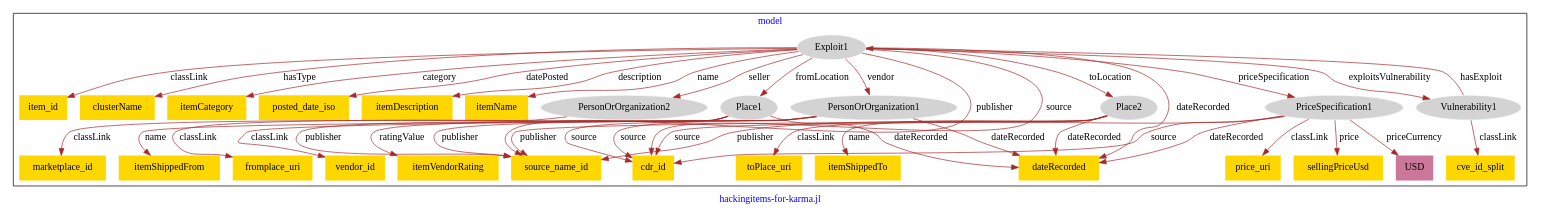
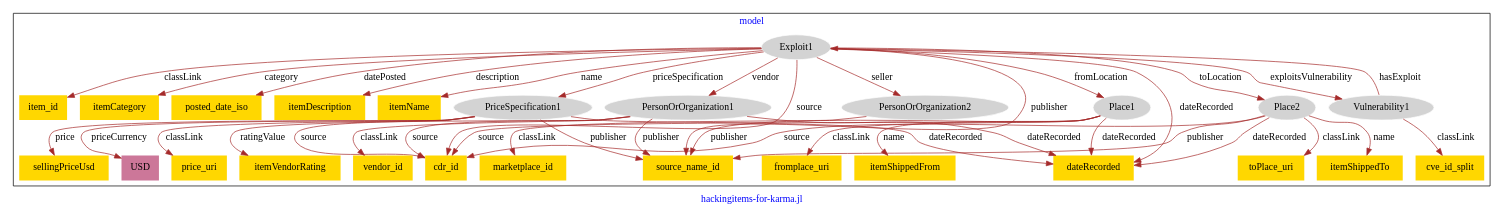
One commit to usc-isi-i2/effect-alignment changed the diagram in models/asu-hacking-items/hacking_items-model.dot. Above: the diagram before and after it, drawn with Graphviz.

Commit message:
Update file hacking_items-model.dot

```diff
--- a/models/asu-hacking-items/hacking_items-model.dot
+++ b/models/asu-hacking-items/hacking_items-model.dot
@@ -1,74 +1,72 @@
 digraph n0 {
 fontcolor="blue"
 remincross="true"
 label="hackingitems-for-karma.jl"
 subgraph cluster {
 label="model"
 n2[style="filled",color="white",fillcolor="lightgray",label="Exploit1"];
 n3[shape="plaintext",style="filled",fillcolor="gold",label="item_id"];
-n4[shape="plaintext",style="filled",fillcolor="gold",label="clusterName"];
-n5[shape="plaintext",style="filled",fillcolor="gold",label="itemCategory"];
-n6[shape="plaintext",style="filled",fillcolor="gold",label="posted_date_iso"];
-n7[shape="plaintext",style="filled",fillcolor="gold",label="itemDescription"];
-n8[shape="plaintext",style="filled",fillcolor="gold",label="itemName"];
-n9[shape="plaintext",style="filled",fillcolor="gold",label="source_name_id"];
-n10[style="filled",color="white",fillcolor="lightgray",label="PersonOrOrganization1"];
-n11[shape="plaintext",style="filled",fillcolor="gold",label="vendor_id"];
-n12[shape="plaintext",style="filled",fillcolor="gold",label="itemVendorRating"];
+n4[shape="plaintext",style="filled",fillcolor="gold",label="itemCategory"];
+n5[shape="plaintext",style="filled",fillcolor="gold",label="posted_date_iso"];
+n6[shape="plaintext",style="filled",fillcolor="gold",label="itemDescription"];
+n7[shape="plaintext",style="filled",fillcolor="gold",label="itemName"];
+n8[style="filled",color="white",fillcolor="lightgray",label="PriceSpecification1"];
+n9[style="filled",color="white",fillcolor="lightgray",label="PersonOrOrganization1"];
+n10[shape="plaintext",style="filled",fillcolor="gold",label="vendor_id"];
+n11[shape="plaintext",style="filled",fillcolor="gold",label="itemVendorRating"];
+n12[shape="plaintext",style="filled",fillcolor="gold",label="cdr_id"];
 n13[style="filled",color="white",fillcolor="lightgray",label="PersonOrOrganization2"];
 n14[shape="plaintext",style="filled",fillcolor="gold",label="marketplace_id"];
 n15[style="filled",color="white",fillcolor="lightgray",label="Vulnerability1"];
 n16[shape="plaintext",style="filled",fillcolor="gold",label="cve_id_split"];
 n17[style="filled",color="white",fillcolor="lightgray",label="Place1"];
 n18[shape="plaintext",style="filled",fillcolor="gold",label="fromplace_uri"];
 n19[shape="plaintext",style="filled",fillcolor="gold",label="itemShippedFrom"];
 n20[style="filled",color="white",fillcolor="lightgray",label="Place2"];
 n21[shape="plaintext",style="filled",fillcolor="gold",label="toPlace_uri"];
 n22[shape="plaintext",style="filled",fillcolor="gold",label="itemShippedTo"];
-n23[style="filled",color="white",fillcolor="lightgray",label="PriceSpecification1"];
-n24[shape="plaintext",style="filled",fillcolor="gold",label="price_uri"];
-n25[shape="plaintext",style="filled",fillcolor="gold",label="dateRecorded"];
-n26[shape="plaintext",style="filled",fillcolor="gold",label="sellingPriceUsd"];
-n27[shape="plaintext",style="filled",fillcolor="#CC7799",label="USD"];
-n28[shape="plaintext",style="filled",fillcolor="gold",label="cdr_id"];
+n23[shape="plaintext",style="filled",fillcolor="gold",label="price_uri"];
+n24[shape="plaintext",style="filled",fillcolor="gold",label="dateRecorded"];
+n25[shape="plaintext",style="filled",fillcolor="gold",label="sellingPriceUsd"];
+n26[shape="plaintext",style="filled",fillcolor="#CC7799",label="USD"];
+n27[shape="plaintext",style="filled",fillcolor="gold",label="source_name_id"];
 }
 n2 -> n3[color="brown",fontcolor="black",label="classLink"]
-n2 -> n4[color="brown",fontcolor="black",label="hasType"]
-n2 -> n5[color="brown",fontcolor="black",label="category"]
-n2 -> n6[color="brown",fontcolor="black",label="datePosted"]
-n2 -> n7[color="brown",fontcolor="black",label="description"]
-n2 -> n8[color="brown",fontcolor="black",label="name"]
-n2 -> n9[color="brown",fontcolor="black",label="publisher"]
-n10 -> n11[color="brown",fontcolor="black",label="classLink"]
-n10 -> n9[color="brown",fontcolor="black",label="publisher"]
-n10 -> n12[color="brown",fontcolor="black",label="ratingValue"]
+n2 -> n4[color="brown",fontcolor="black",label="category"]
+n2 -> n5[color="brown",fontcolor="black",label="datePosted"]
+n2 -> n6[color="brown",fontcolor="black",label="description"]
+n2 -> n7[color="brown",fontcolor="black",label="name"]
+n2 -> n8[color="brown",fontcolor="black",label="priceSpecification"]
+n9 -> n10[color="brown",fontcolor="black",label="classLink"]
+n9 -> n11[color="brown",fontcolor="black",label="ratingValue"]
+n9 -> n12[color="brown",fontcolor="black",label="source"]
 n13 -> n14[color="brown",fontcolor="black",label="classLink"]
 n15 -> n16[color="brown",fontcolor="black",label="classLink"]
 n17 -> n18[color="brown",fontcolor="black",label="classLink"]
 n17 -> n19[color="brown",fontcolor="black",label="name"]
-n17 -> n9[color="brown",fontcolor="black",label="publisher"]
+n17 -> n12[color="brown",fontcolor="black",label="source"]
 n20 -> n21[color="brown",fontcolor="black",label="classLink"]
 n20 -> n22[color="brown",fontcolor="black",label="name"]
-n20 -> n9[color="brown",fontcolor="black",label="publisher"]
-n23 -> n24[color="brown",fontcolor="black",label="classLink"]
-n23 -> n25[color="brown",fontcolor="black",label="dateRecorded"]
-n23 -> n26[color="brown",fontcolor="black",label="price"]
-n23 -> n27[color="brown",fontcolor="black",label="priceCurrency"]
-n23 -> n9[color="brown",fontcolor="black",label="publisher"]
-n23 -> n28[color="brown",fontcolor="black",label="source"]
-n2 -> n28[color="brown",fontcolor="black",label="source"]
-n20 -> n28[color="brown",fontcolor="black",label="source"]
+n20 -> n12[color="brown",fontcolor="black",label="source"]
+n8 -> n23[color="brown",fontcolor="black",label="classLink"]
+n8 -> n24[color="brown",fontcolor="black",label="dateRecorded"]
+n8 -> n25[color="brown",fontcolor="black",label="price"]
+n8 -> n26[color="brown",fontcolor="black",label="priceCurrency"]
+n8 -> n27[color="brown",fontcolor="black",label="publisher"]
+n8 -> n12[color="brown",fontcolor="black",label="source"]
+n2 -> n12[color="brown",fontcolor="black",label="source"]
+n2 -> n24[color="brown",fontcolor="black",label="dateRecorded"]
 n2 -> n20[color="brown",fontcolor="black",label="toLocation"]
-n2 -> n23[color="brown",fontcolor="black",label="priceSpecification"]
-n17 -> n25[color="brown",fontcolor="black",label="dateRecorded"]
-n17 -> n28[color="brown",fontcolor="black",label="source"]
-n2 -> n10[color="brown",fontcolor="black",label="vendor"]
-n20 -> n25[color="brown",fontcolor="black",label="dateRecorded"]
-n10 -> n25[color="brown",fontcolor="black",label="dateRecorded"]
+n2 -> n9[color="brown",fontcolor="black",label="vendor"]
 n2 -> n17[color="brown",fontcolor="black",label="fromLocation"]
-n2 -> n25[color="brown",fontcolor="black",label="dateRecorded"]
+n9 -> n24[color="brown",fontcolor="black",label="dateRecorded"]
 n15 -> n2[color="brown",fontcolor="black",label="hasExploit"]
-n10 -> n28[color="brown",fontcolor="black",label="source"]
+n17 -> n24[color="brown",fontcolor="black",label="dateRecorded"]
+n2 -> n27[color="brown",fontcolor="black",label="publisher"]
 n2 -> n15[color="brown",fontcolor="black",label="exploitsVulnerability"]
+n17 -> n27[color="brown",fontcolor="black",label="publisher"]
+n20 -> n24[color="brown",fontcolor="black",label="dateRecorded"]
 n2 -> n13[color="brown",fontcolor="black",label="seller"]
+n9 -> n27[color="brown",fontcolor="black",label="publisher"]
+n20 -> n27[color="brown",fontcolor="black",label="publisher"]
 }
```
